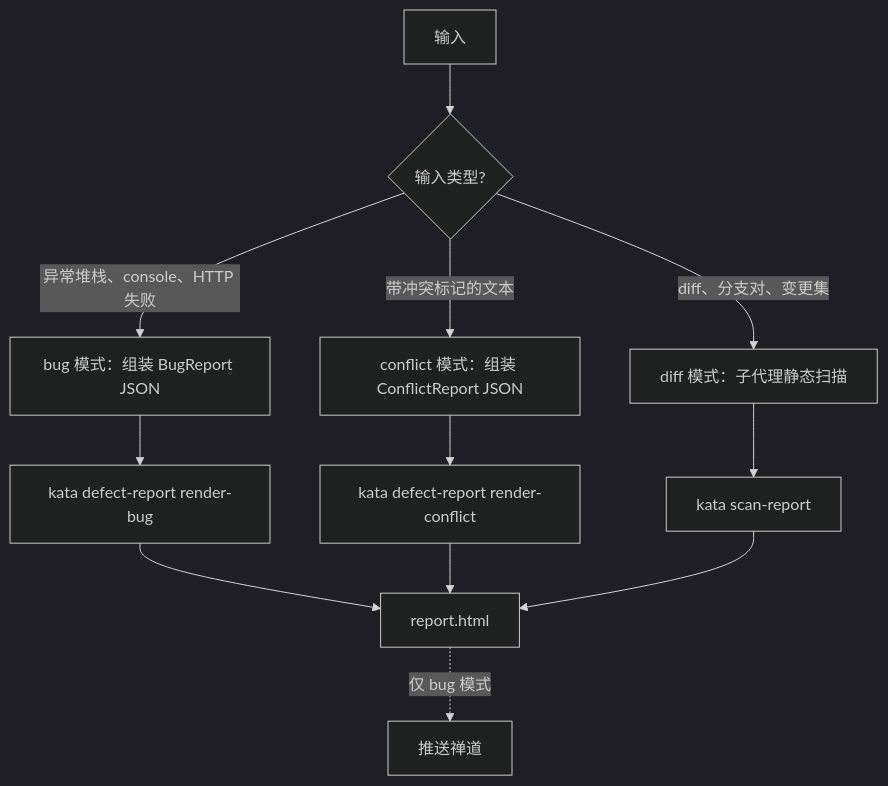
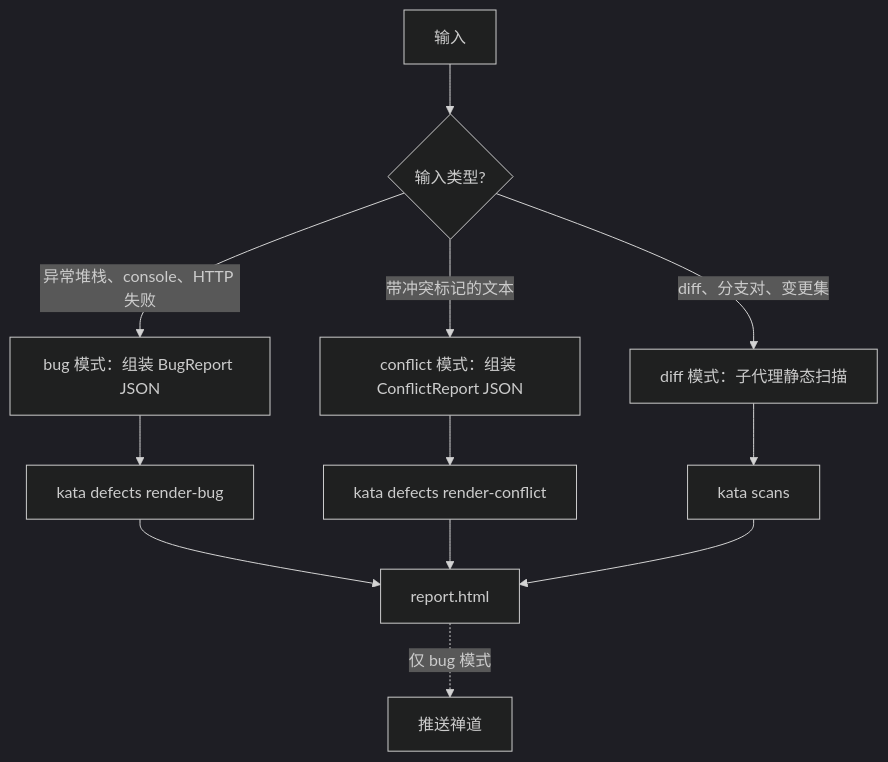
Before and after one commit to koco-co/kata: the diagram in .claude/skills/defect-analyze/SKILL.md, drawn with Mermaid (dark theme). The commit also changed other lines of this file and 188 other files, not shown here.

````diff
--- a/.claude/skills/defect-analyze/SKILL.md
+++ b/.claude/skills/defect-analyze/SKILL.md
@@ -24,14 +24,14 @@
 ```mermaid
 flowchart TD
     I[输入] --> R{输入类型?}
     R -->|异常堆栈、console、HTTP 失败| BUG[bug 模式：组装 BugReport JSON]
     R -->|带冲突标记的文本| CON[conflict 模式：组装 ConflictReport JSON]
     R -->|diff、分支对、变更集| DIFF[diff 模式：子代理静态扫描]
-    BUG --> BR[kata defect-report render-bug]
-    CON --> CR[kata defect-report render-conflict]
-    DIFF --> DR[kata scan-report]
+    BUG --> BR[kata defects render-bug]
+    CON --> CR[kata defects render-conflict]
+    DIFF --> DR[kata scans]
     BR --> H[report.html]
     CR --> H
     DR --> H
     H -. 仅 bug 模式 .-> Z[推送禅道]
 ```
````
